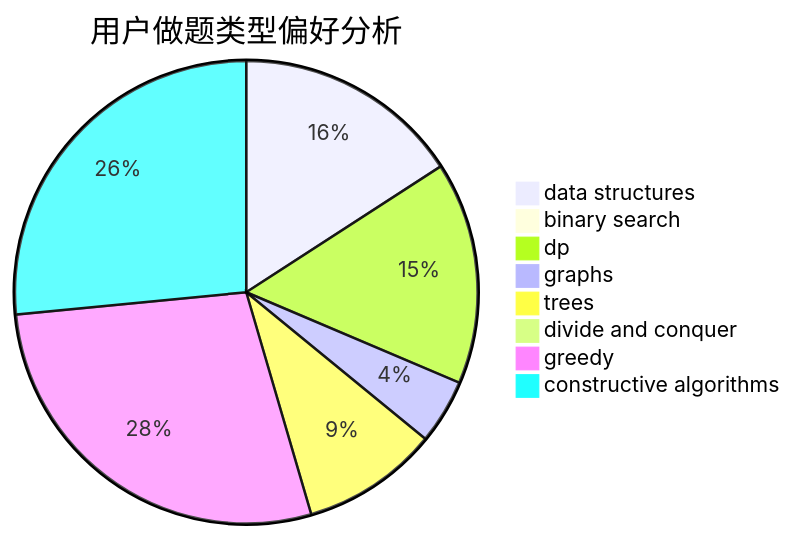
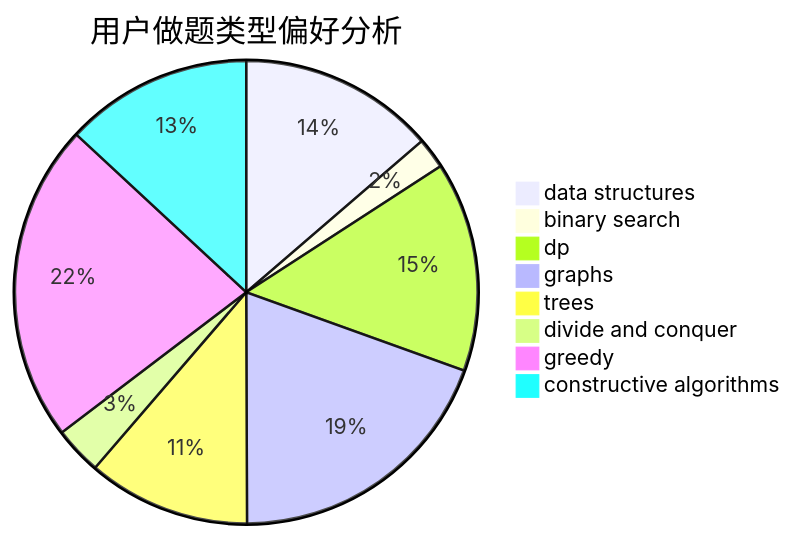
Before and after one commit to sherpahu/cfrs.github.io: the second of 3 diagrams in docs/user/u480.md, drawn with Mermaid. The commit also changed other lines of this file and 2770 other files, not shown here.

````diff
--- a/docs/user/u480.md
+++ b/docs/user/u480.md
@@ -23,11 +23,11 @@
 ```mermaid
 pie title 用户做题类型偏好分析
-    "data structures" :  98
-    "binary search" :  1
-    "dp" :  96
-    "graphs" :  28
-    "trees" :  59
-    "divide and conquer" :  5
-    "greedy" :  173
-    "constructive algorithms" :  164
+    "data structures" :  254
+    "binary search" :  40
+    "dp" :  272
+    "graphs" :  361
+    "trees" :  211
+    "divide and conquer" :  62
+    "greedy" :  413
+    "constructive algorithms" :  243
 ```
````
